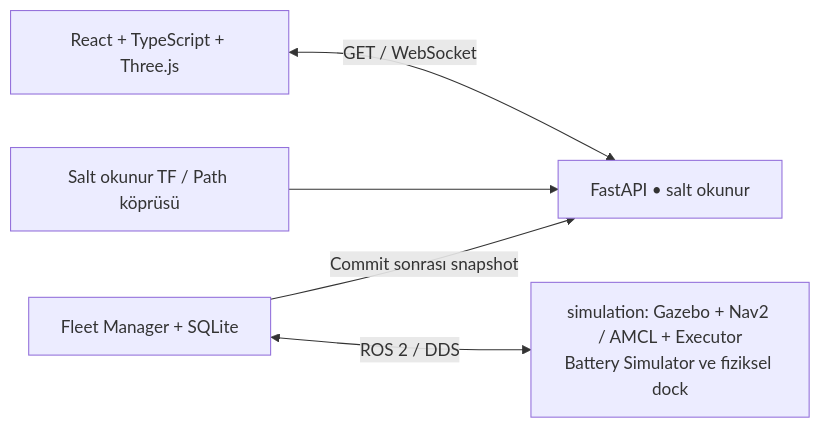
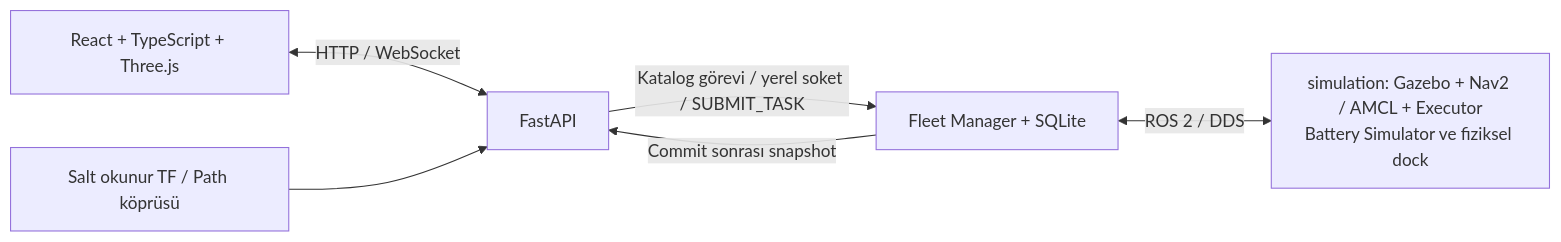
One commit to m-gnr/ros2-fleet-manager changed the diagram in README.md. Above: the diagram before and after it, drawn with Mermaid. The commit also changed other lines of this file and 56 other files, not shown here.

````diff
--- a/README.md
+++ b/README.md
@@ -18,7 +20,8 @@
 ```mermaid
 flowchart LR
-    UI["React + TypeScript + Three.js"] <-->|"GET / WebSocket"| API["FastAPI • salt okunur"]
+    UI["React + TypeScript + Three.js"] <-->|"HTTP / WebSocket"| API["FastAPI"]
+    API -->|"Katalog görevi / yerel soket / SUBMIT_TASK"| FM
     ROS["Salt okunur TF / Path köprüsü"] --> API
     FM["Fleet Manager + SQLite"] -->|"Commit sonrası snapshot"| API
     FM <-->|"ROS 2 / DDS"| SIM["simulation: Gazebo + Nav2 / AMCL + Executor<br/>Battery Simulator ve fiziksel dock"]
 ```
````
